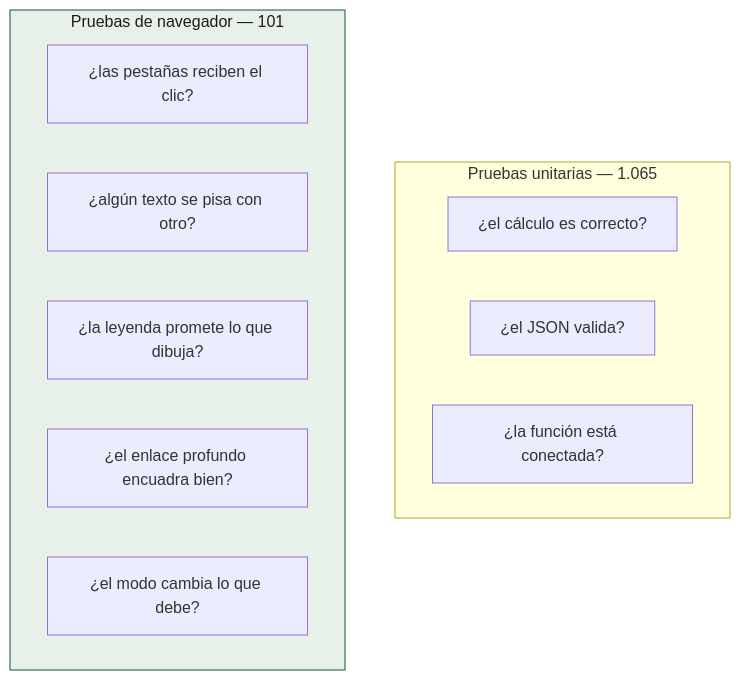
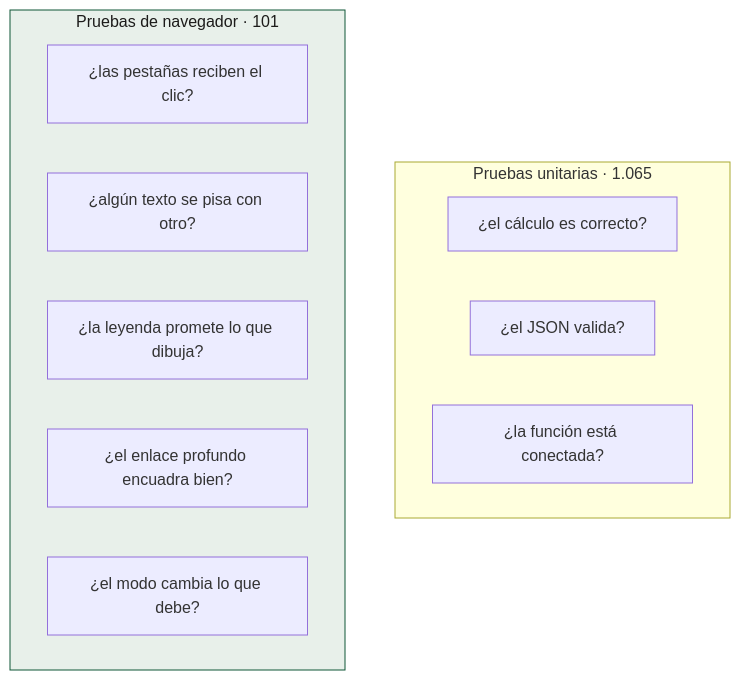
One commit to sforero77/CENTINELA changed the diagram in docs/visor/validacion.md. Above: the diagram before and after it, drawn with Mermaid. The commit also changed other lines of this file and 44 other files, not shown here.

````diff
--- a/docs/visor/validacion.md
+++ b/docs/visor/validacion.md
@@ -13,17 +13,17 @@
 ```mermaid
 flowchart TB
-  subgraph unit["Pruebas unitarias — 1.065"]
+  subgraph unit["Pruebas unitarias · 1.065"]
     U1["¿el cálculo es correcto?"]
     U2["¿el JSON valida?"]
     U3["¿la función está conectada?"]
   end
-  subgraph visor["Pruebas de navegador — 101"]
+  subgraph visor["Pruebas de navegador · 101"]
     V1["¿las pestañas reciben el clic?"]
     V2["¿algún texto se pisa con otro?"]
     V3["¿la leyenda promete lo que dibuja?"]
     V4["¿el enlace profundo encuadra bien?"]
     V5["¿el modo cambia lo que debe?"]
   end
 
   style visor fill:#e8f0ea,stroke:#0f5636,color:#1c1b1a
 ```
````
